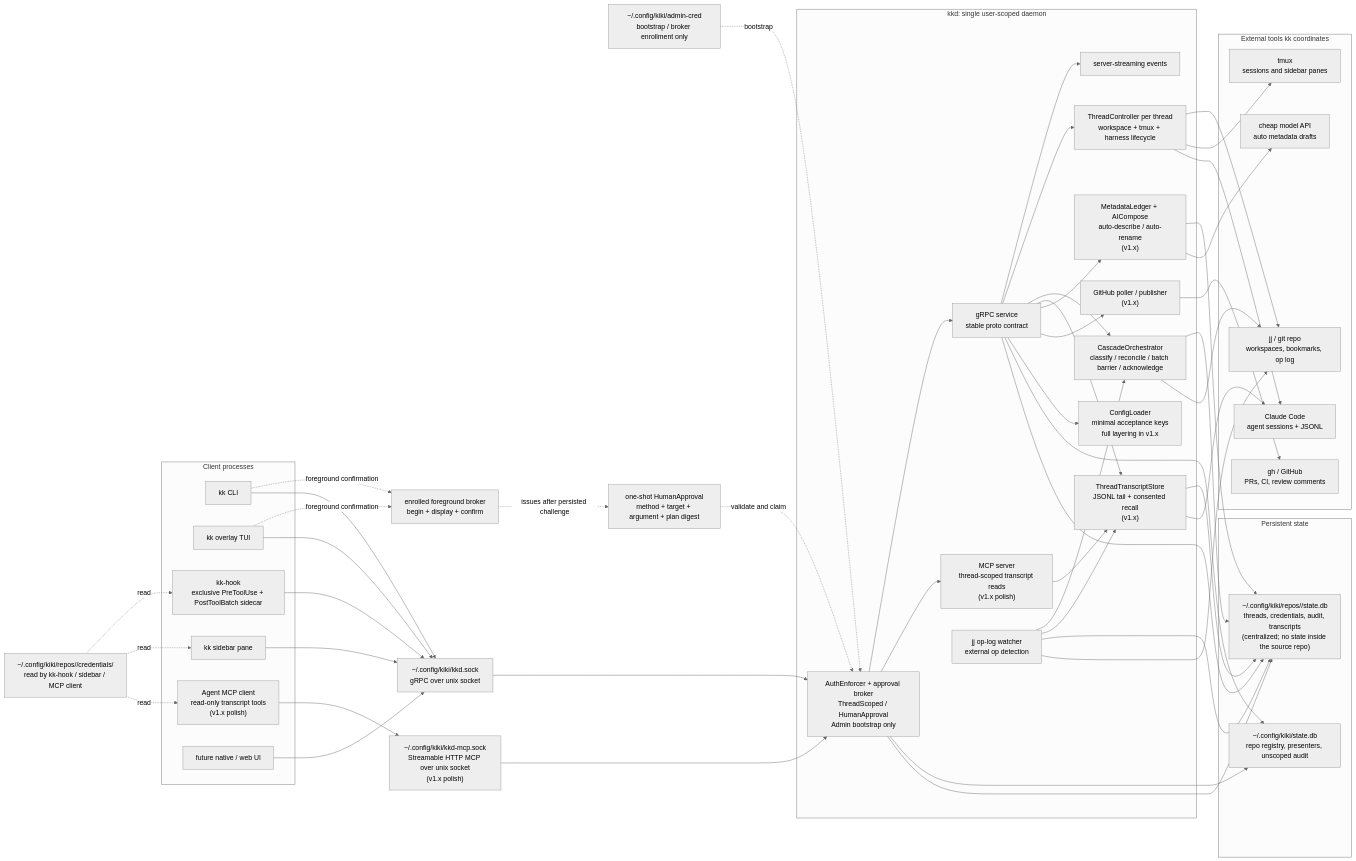
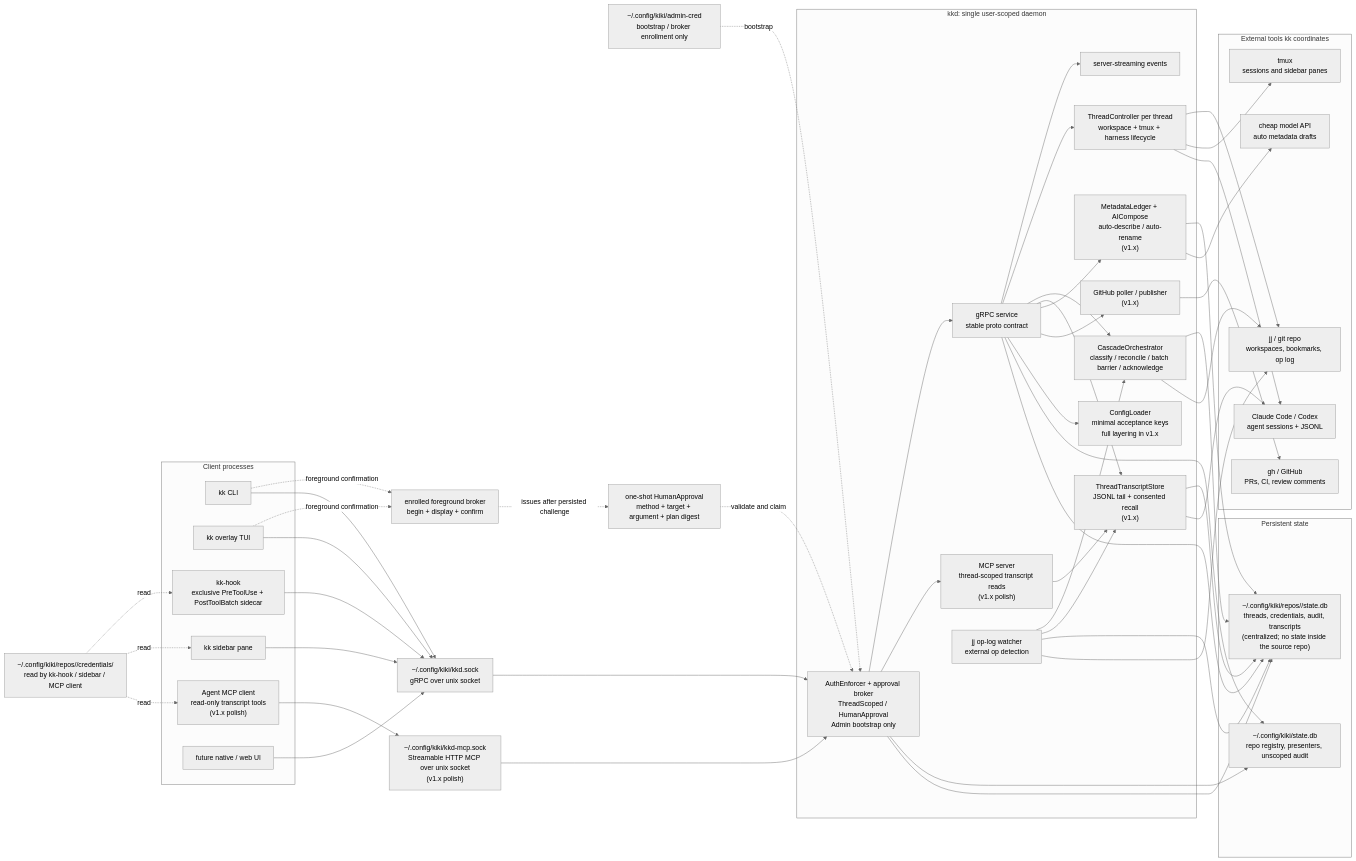
The diagram in docs/reference/book/15-architecture/README.md (skeswa/kiki), drawn with Mermaid (neutral theme) before and after one commit. The commit also changed 19 other files, not shown here.

````diff
--- a/docs/reference/book/15-architecture/README.md
+++ b/docs/reference/book/15-architecture/README.md
@@ -92,17 +92,17 @@
     subgraph Tools["External tools kk coordinates"]
         Jj["jj / git repo\nworkspaces, bookmarks, op log"]
         Tmux["tmux\nsessions and sidebar panes"]
-        Claude["Claude Code\nagent sessions + JSONL"]
+        Harnesses["Claude Code / Codex\nagent sessions + JSONL"]
         Gh["gh / GitHub\nPRs, CI, review comments"]
         Model["cheap model API\nauto metadata drafts"]
     end
 
     ThreadCtl --> Jj
     ThreadCtl --> Tmux
-    ThreadCtl --> Claude
+    ThreadCtl --> Harnesses
     Cascade --> Jj
     Watcher --> Jj
-    Transcript --> Claude
+    Transcript --> Harnesses
     Github --> Gh
     Metadata --> Model
 ```
````
